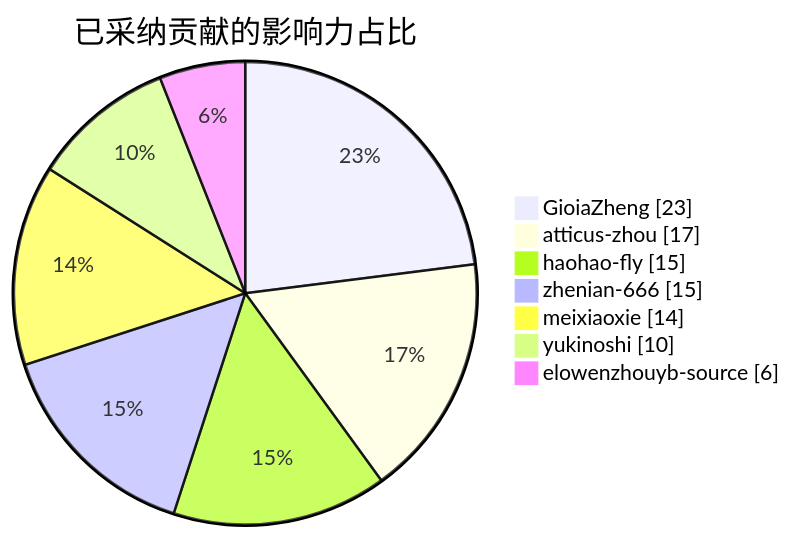
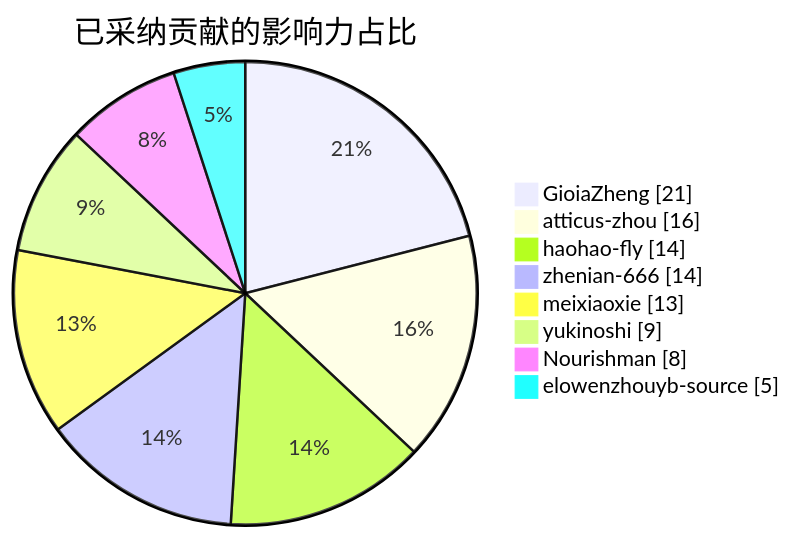
The diagram in README.md (Spades6/BossHunter), drawn with Mermaid before and after one commit. The commit also changed other lines of this file and 13 other files, not shown here.

````diff
--- a/README.md
+++ b/README.md
@@ -472,11 +472,12 @@
 ```mermaid
 pie showData
     title 已采纳贡献的影响力占比
-    "GioiaZheng" : 23
-    "atticus-zhou" : 17
-    "haohao-fly" : 15
-    "zhenian-666" : 15
-    "meixiaoxie" : 14
-    "yukinoshi" : 10
-    "elowenzhouyb-source" : 6
+    "GioiaZheng" : 21
+    "atticus-zhou" : 16
+    "haohao-fly" : 14
+    "zhenian-666" : 14
+    "meixiaoxie" : 13
+    "yukinoshi" : 9
+    "Nourishman" : 8
+    "elowenzhouyb-source" : 5
 ```
````
